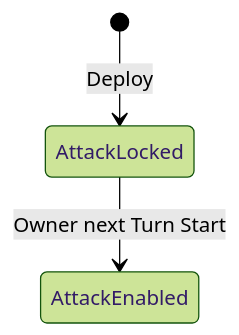
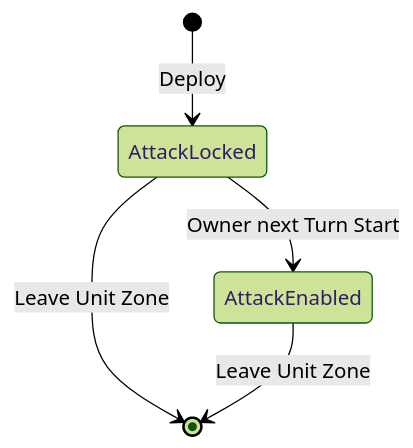
Before and after one commit to kjun1/card-game: the second of 7 diagrams in docs/model/state-model.md, drawn with Mermaid (forest theme). The commit also changed other lines of this file and 45 other files, not shown here.

```diff
--- a/docs/model/state-model.md
+++ b/docs/model/state-model.md
@@ -16,5 +41,7 @@
 ~~~mermaid
 stateDiagram-v2
     [*] --> AttackLocked: Deploy
     AttackLocked --> AttackEnabled: Owner next Turn Start
+    AttackLocked --> [*]: Leave Unit Zone
+    AttackEnabled --> [*]: Leave Unit Zone
 ~~~
```
